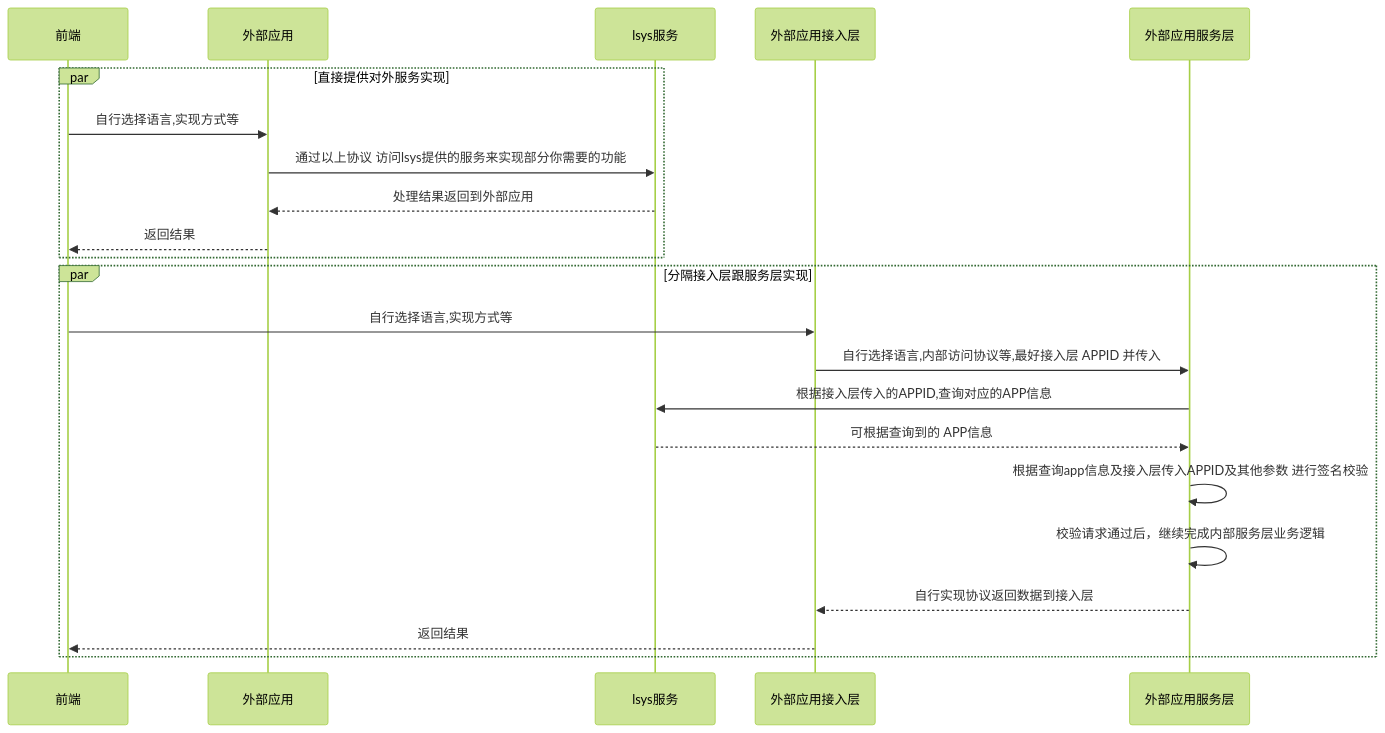
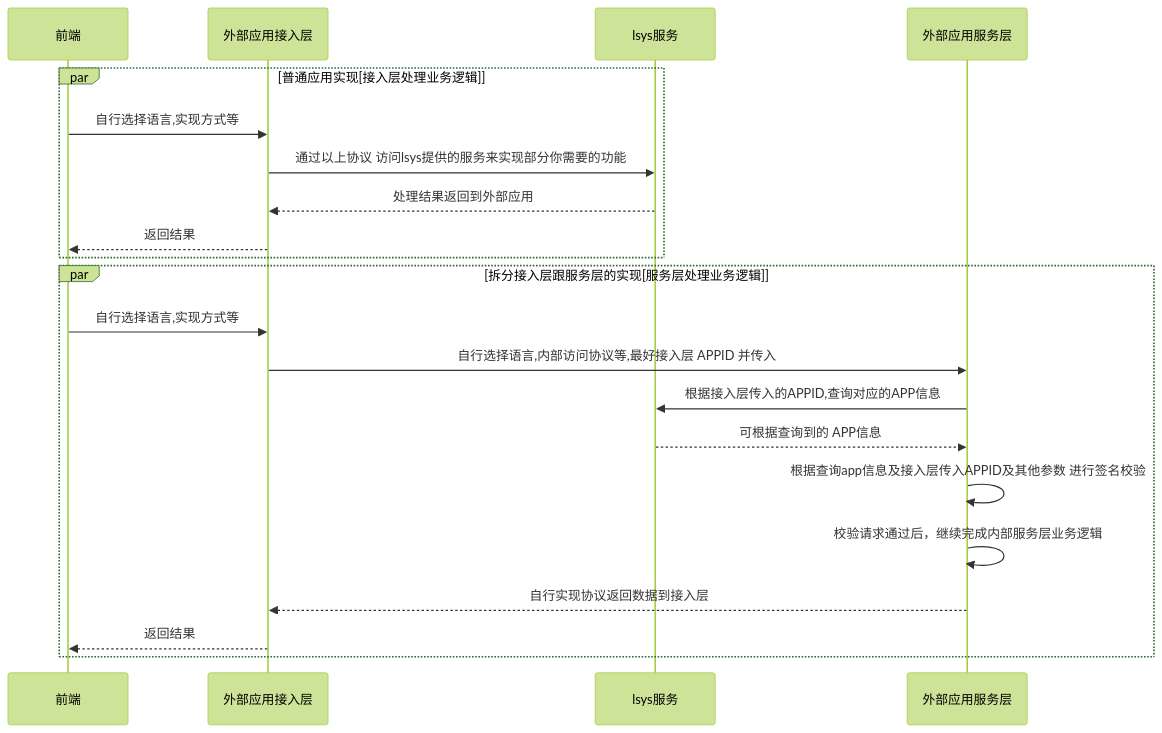
One commit to shanliu/lsys changed the second of 2 diagrams in README.MD. Above: the diagram before and after it, drawn with Mermaid (forest theme). The commit also changed other lines of this file and 125 other files, not shown here.

````diff
--- a/README.MD
+++ b/README.MD
@@ -93,19 +93,19 @@
 ```mermaid
 sequenceDiagram
-    par 直接提供对外服务实现
-    前端->>外部应用: 自行选择语言,实现方式等
-    外部应用->>lsys服务: 通过以上协议 访问lsys提供的服务来实现部分你需要的功能
-    lsys服务-->>外部应用: 处理结果返回到外部应用
-    外部应用-->>前端: 返回结果
+    par 普通应用实现[接入层处理业务逻辑]
+    前端->>外部应用接入层: 自行选择语言,实现方式等
+    外部应用接入层->>lsys服务: 通过以上协议 访问lsys提供的服务来实现部分你需要的功能
+    lsys服务-->>外部应用接入层: 处理结果返回到外部应用
+    外部应用接入层-->>前端: 返回结果
     end
-    par 分隔接入层跟服务层实现
+    par 拆分接入层跟服务层的实现[服务层处理业务逻辑]
     前端->>外部应用接入层: 自行选择语言,实现方式等
     外部应用接入层->>外部应用服务层:自行选择语言,内部访问协议等,最好接入层 APPID 并传入
     外部应用服务层->>lsys服务: 根据接入层传入的APPID,查询对应的APP信息
     lsys服务-->>外部应用服务层: 可根据查询到的 APP信息 
     外部应用服务层->>外部应用服务层: 根据查询app信息及接入层传入APPID及其他参数 进行签名校验
     外部应用服务层->>外部应用服务层: 校验请求通过后，继续完成内部服务层业务逻辑
     外部应用服务层-->>外部应用接入层: 自行实现协议返回数据到接入层
     外部应用接入层-->>前端: 返回结果
     end
 ```
````
